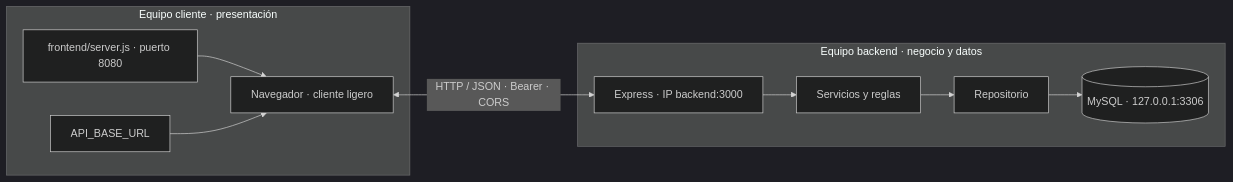
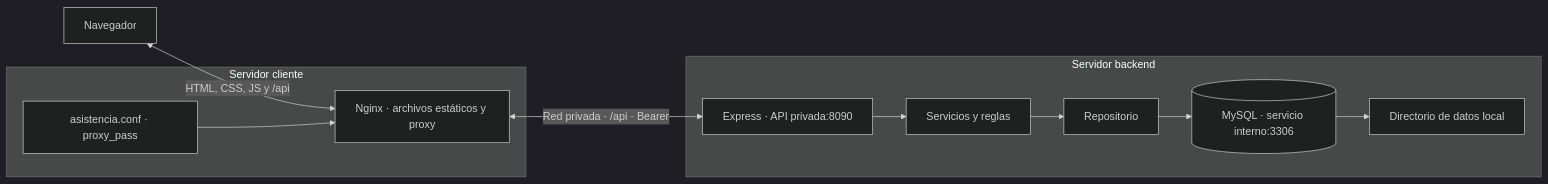
One commit to masterkof2021/uagrm-asistencia changed the tenth of 10 diagrams in docs/diagramas.md. Above: the diagram before and after it, drawn with Mermaid (dark theme). The commit also changed other lines of this file and 37 other files, not shown here.

````diff
--- a/docs/diagramas.md
+++ b/docs/diagramas.md
@@ -223,13 +223,15 @@
 ```mermaid
 flowchart LR
- subgraph Cliente[Equipo cliente · presentación]
- FS[frontend/server.js · puerto 8080] --> B[Navegador · cliente ligero]
- CFG[API_BASE_URL] --> B
+ B[Navegador] <-->|HTML, CSS, JS y /api| N
+ subgraph Cliente[Servidor cliente]
+ N[Nginx · archivos estáticos y proxy]
+ CFG[asistencia.conf · proxy_pass] --> N
  end
- subgraph Backend[Equipo backend · negocio y datos]
- API[Express · IP backend:3000] --> S[Servicios y reglas]
+ subgraph Backend[Servidor backend]
+ API[Express · API privada:8090] --> S[Servicios y reglas]
  S --> R[Repositorio]
- R --> MYSQL[(MySQL · 127.0.0.1:3306)]
+ R --> MYSQL[(MySQL · servicio interno:3306)]
+ MYSQL --> V[Directorio de datos local]
  end
- B <-->|HTTP / JSON · Bearer · CORS| API
+ N <-->|Red privada · /api · Bearer| API
 ```
````
